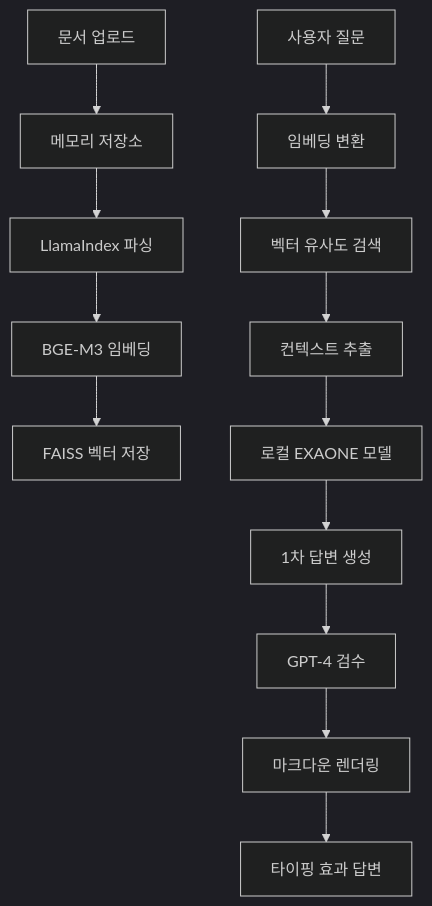
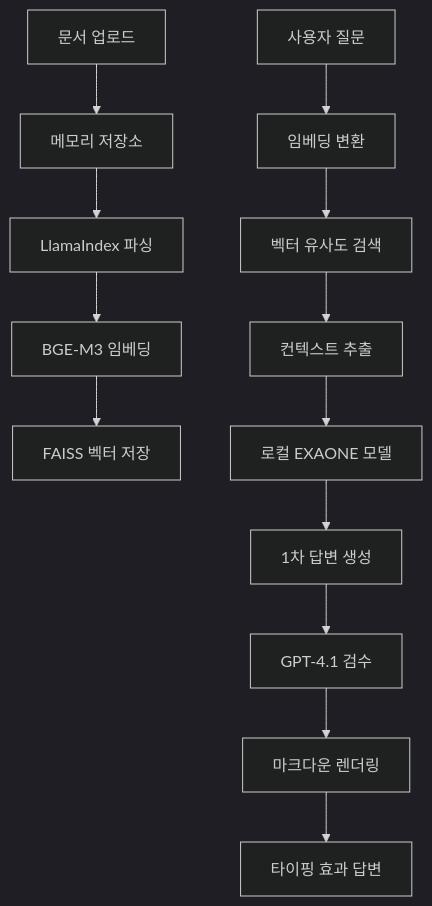
One commit to sanguk-project/deephub changed the diagram in README.md. Above: the diagram before and after it, drawn with Mermaid (dark theme). The commit also changed other lines of this file, not shown here.

````diff
--- a/README.md
+++ b/README.md
@@ -96,17 +96,17 @@
 ```mermaid
 graph TD
     A[문서 업로드] --> B[메모리 저장소]
     B --> C[LlamaIndex 파싱]
     C --> D[BGE-M3 임베딩]
     D --> E[FAISS 벡터 저장]
     
     F[사용자 질문] --> G[임베딩 변환]
     G --> H[벡터 유사도 검색]
     H --> I[컨텍스트 추출]
     
     I --> J[로컬 EXAONE 모델]
     J --> K[1차 답변 생성]
-    K --> L[GPT-4 검수]
+    K --> L[GPT-4.1 검수]
     L --> M[마크다운 렌더링]
     M --> N[타이핑 효과 답변]
 ```
````
